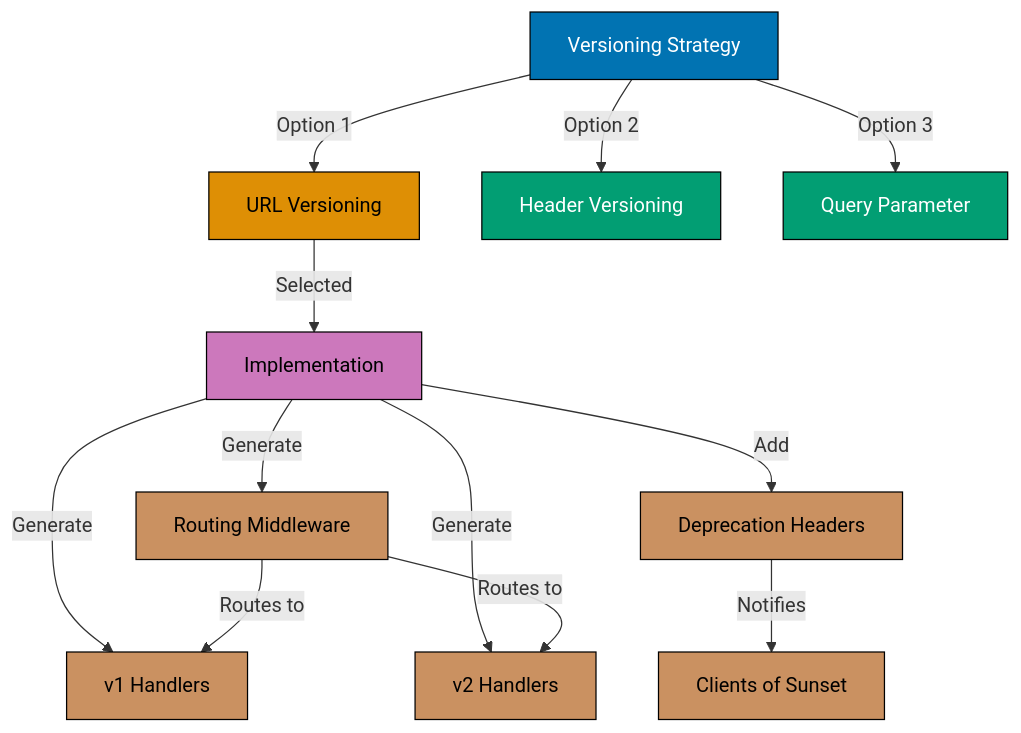
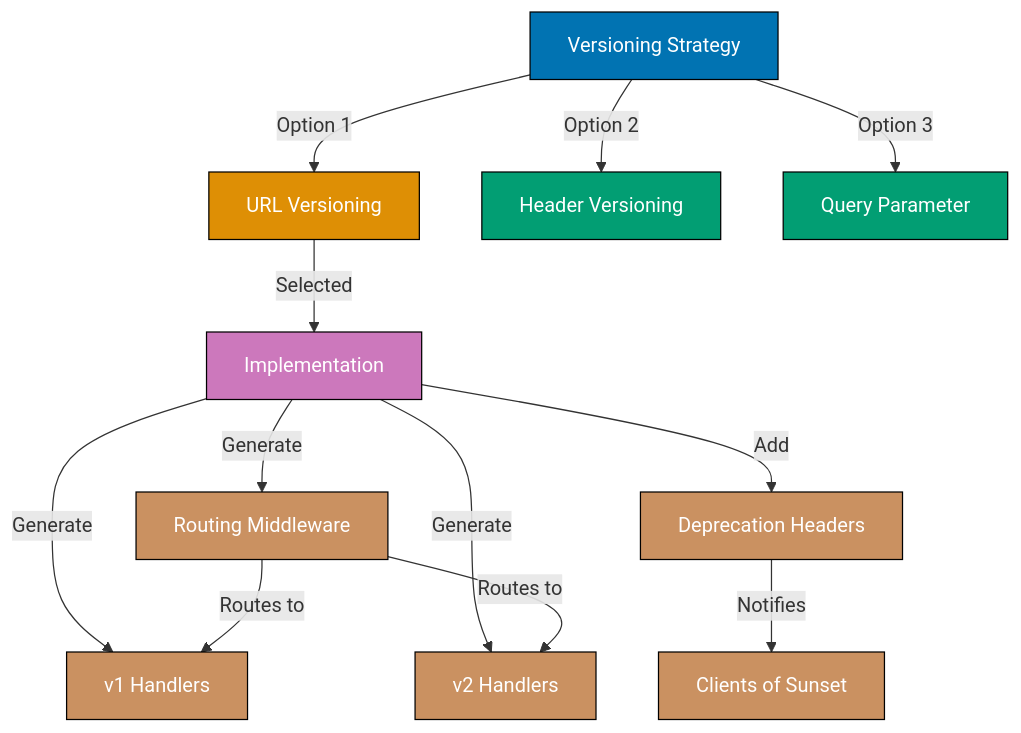
One commit to wahidyankf/open-sharia-enterprise changed the eighth of 10 diagrams in apps/ayokoding-web/content/en/learn/software-engineering/automation-tools/claude-code/by-example/advanced.md. Above: the diagram before and after it, drawn with Mermaid. The commit also changed other lines of this file and 61 other files, not shown here.

First line of the commit message:
fix(ayokoding-web): quote Mermaid node labels with special characters in Example 63

````diff
--- a/apps/ayokoding-web/content/en/learn/software-engineering/automation-tools/claude-code/by-example/advanced.md
+++ b/apps/ayokoding-web/content/en/learn/software-engineering/automation-tools/claude-code/by-example/advanced.md
@@ -1180,25 +1180,25 @@
 ```mermaid
 graph TD
     A[Versioning Strategy] -->|Option 1| B[URL Versioning]
     A -->|Option 2| C[Header Versioning]
     A -->|Option 3| D[Query Parameter]
     B -->|Selected| E[Implementation]
     E -->|Generate| F[Routing Middleware]
     E -->|Generate| G[v1 Handlers]
     E -->|Generate| H[v2 Handlers]
     E -->|Add| I[Deprecation Headers]
     F -->|Routes to| G
     F -->|Routes to| H
     I -->|Notifies| J[Clients of Sunset]
 
     style A fill:#0173B2,stroke:#000,color:#fff
-    style B fill:#DE8F05,stroke:#000,color:#000
+    style B fill:#DE8F05,stroke:#000,color:#fff
     style C fill:#029E73,stroke:#000,color:#fff
     style D fill:#029E73,stroke:#000,color:#fff
-    style E fill:#CC78BC,stroke:#000,color:#000
-    style F fill:#CA9161,stroke:#000,color:#000
-    style G fill:#CA9161,stroke:#000,color:#000
-    style H fill:#CA9161,stroke:#000,color:#000
-    style I fill:#CA9161,stroke:#000,color:#000
-    style J fill:#CA9161,stroke:#000,color:#000
+    style E fill:#CC78BC,stroke:#000,color:#fff
+    style F fill:#CA9161,stroke:#000,color:#fff
+    style G fill:#CA9161,stroke:#000,color:#fff
+    style H fill:#CA9161,stroke:#000,color:#fff
+    style I fill:#CA9161,stroke:#000,color:#fff
+    style J fill:#CA9161,stroke:#000,color:#fff
 ```
````
